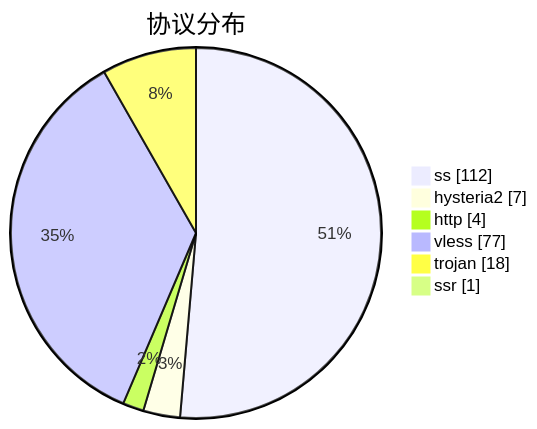
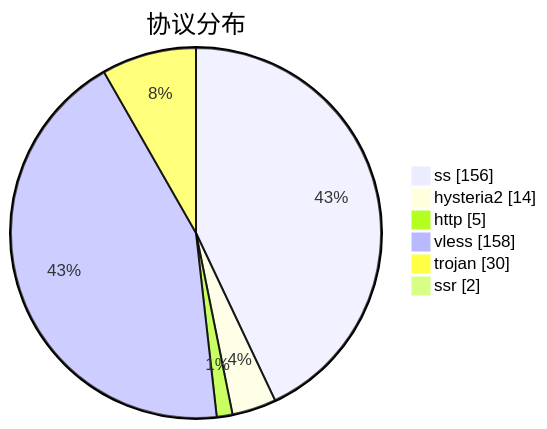
One commit to qjlxg/airport changed the third of 3 diagrams in subs/statistics/tested_within.md. Above: the diagram before and after it, drawn with Mermaid. The commit also changed other lines of this file and 2 other files, not shown here.

````diff
--- a/subs/statistics/tested_within.md
+++ b/subs/statistics/tested_within.md
@@ -17,10 +18,10 @@
 ```mermaid
 pie showData
 title 协议分布
-"ss" : 112
-"hysteria2" : 7
-"http" : 4
-"vless" : 77
-"trojan" : 18
-"ssr" : 1
+"ss" : 156
+"hysteria2" : 14
+"http" : 5
+"vless" : 158
+"trojan" : 30
+"ssr" : 2
 ```
````
